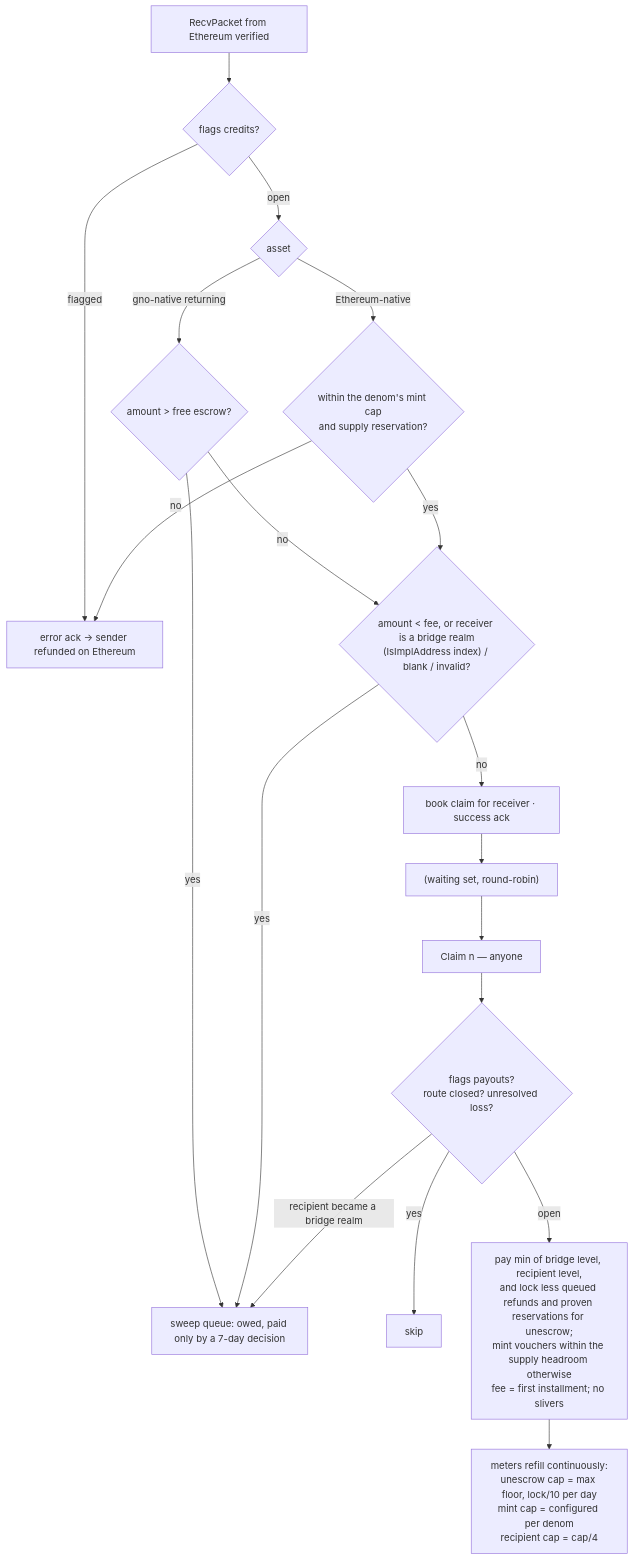
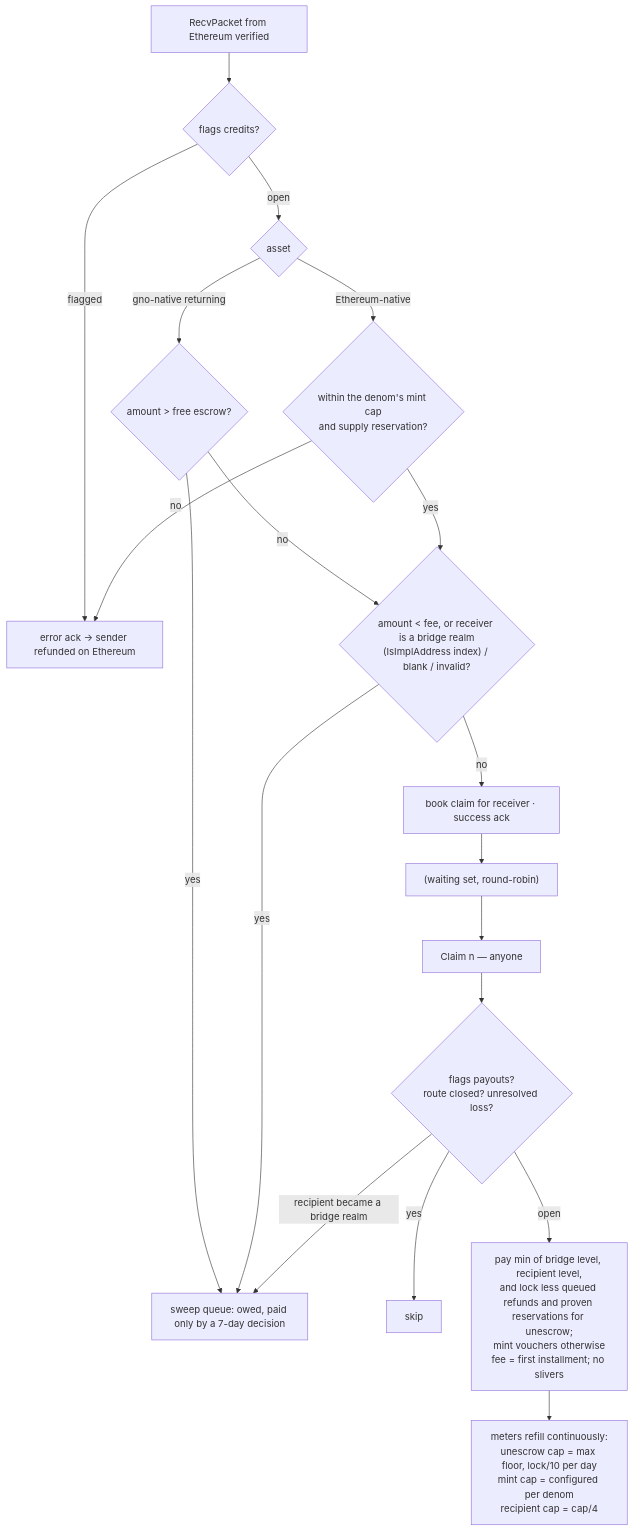
Before and after one commit to gnolang/gno: the ninth of 13 diagrams in gno.land/adr/pr6375_ibc_ethereum.md, drawn with Mermaid. The commit also changed other lines of this file, not shown here.

````diff
--- a/gno.land/adr/pr6375_ibc_ethereum.md
+++ b/gno.land/adr/pr6375_ibc_ethereum.md
@@ -937,21 +950,21 @@
 ```mermaid
 flowchart TD
   RX[RecvPacket from Ethereum verified] --> F{flags credits?}
   F -- flagged --> ERR[error ack → sender refunded on Ethereum]
   F -- open --> KIND{asset}
   KIND -- gno-native returning --> FE{"amount > free escrow?"}
   FE -- yes --> SWEEP
   FE -- no --> SW
   KIND -- Ethereum-native --> MC{within the denom's mint cap<br/>and supply reservation?}
   MC -- no --> ERR
   MC -- yes --> SW{"amount < fee, or receiver is a bridge realm<br/>(IsImplAddress index) / blank / invalid?"}
   SW -- yes --> SWEEP[sweep queue: owed, paid only by a 7-day decision]
   SW -- no --> CL[book claim for receiver · success ack]
   CL --> WQ["(waiting set, round-robin)"]
   WQ --> CLAIM[Claim n — anyone]
   CLAIM --> PF{"flags payouts?<br/>route closed? unresolved loss?"}
   PF -- yes --> STOP[skip]
   PF -- "recipient became a bridge realm" --> SWEEP
-  PF -- open --> PAY[pay min of bridge level, recipient level,<br/>and lock less queued refunds and proven reservations for unescrow;<br/>mint vouchers within the supply headroom otherwise<br/>fee = first installment; no slivers]
+  PF -- open --> PAY[pay min of bridge level, recipient level,<br/>and lock less queued refunds and proven reservations for unescrow;<br/>mint vouchers otherwise<br/>fee = first installment; no slivers]
   PAY --> REF[meters refill continuously:<br/>unescrow cap = max floor, lock/10 per day<br/>mint cap = configured per denom<br/>recipient cap = cap/4]
 ```
````
